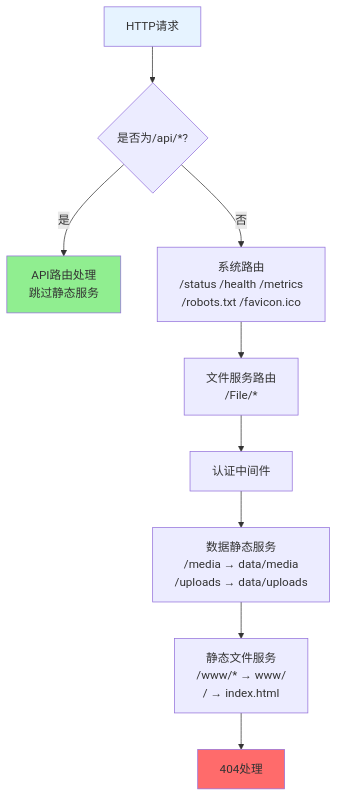
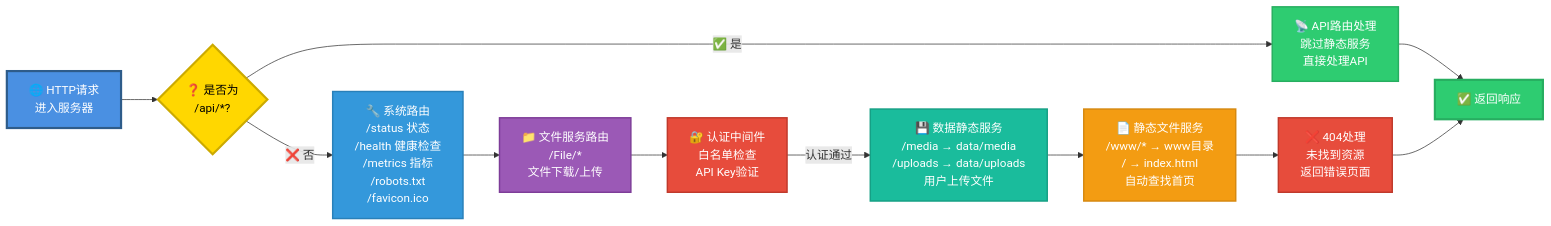
Diagram 11 of 13 in docs/server.md (sunflowermm/XRK-AGT), drawn with Mermaid before and after one commit. The commit also changed other lines of this file and 9 other files, not shown here.

````diff
--- a/docs/server.md
+++ b/docs/server.md
@@ -530,15 +632,32 @@
 ```mermaid
-flowchart TD
-    Request["HTTP请求"] --> CheckAPI{是否为/api/*?}
-    CheckAPI -->|是| APIRoute["API路由处理<br/>跳过静态服务"]
-    CheckAPI -->|否| SystemRoute["系统路由<br/>/status /health /metrics<br/>/robots.txt /favicon.ico"]
-    SystemRoute --> FileRoute["文件服务路由<br/>/File/*"]
-    FileRoute --> Auth["认证中间件"]
-    Auth --> DataStatic["数据静态服务<br/>/media → data/media<br/>/uploads → data/uploads"]
-    DataStatic --> Static["静态文件服务<br/>/www/* → www/<br/>/ → index.html"]
-    Static --> NotFound["404处理"]
+flowchart LR
+    Request["🌐 HTTP请求<br/>进入服务器"] --> CheckAPI{"❓ 是否为<br/>/api/*?"}
     
-    style Request fill:#E6F3FF
-    style APIRoute fill:#90EE90
-    style NotFound fill:#FF6B6B
+    CheckAPI -->|"✅ 是"| APIRoute["📡 API路由处理<br/>跳过静态服务<br/>直接处理API"]
+    
+    CheckAPI -->|"❌ 否"| SystemRoute["🔧 系统路由<br/>/status 状态<br/>/health 健康检查<br/>/metrics 指标<br/>/robots.txt<br/>/favicon.ico"]
+    
+    SystemRoute --> FileRoute["📁 文件服务路由<br/>/File/*<br/>文件下载/上传"]
+    
+    FileRoute --> Auth["🔐 认证中间件<br/>白名单检查<br/>API Key验证"]
+    
+    Auth -->|"认证通过"| DataStatic["💾 数据静态服务<br/>/media → data/media<br/>/uploads → data/uploads<br/>用户上传文件"]
+    
+    DataStatic --> Static["📄 静态文件服务<br/>/www/* → www目录<br/>/ → index.html<br/>自动查找首页"]
+    
+    Static --> NotFound["❌ 404处理<br/>未找到资源<br/>返回错误页面"]
+    
+    APIRoute --> Response["✅ 返回响应"]
+    NotFound --> Response
+    
+    style Request fill:#4A90E2,stroke:#2E5C8A,stroke-width:3px,color:#fff
+    style CheckAPI fill:#FFD700,stroke:#CCAA00,stroke-width:3px,color:#000
+    style APIRoute fill:#2ECC71,stroke:#27AE60,stroke-width:2px,color:#fff
+    style SystemRoute fill:#3498DB,stroke:#2980B9,stroke-width:2px,color:#fff
+    style FileRoute fill:#9B59B6,stroke:#7D3C98,stroke-width:2px,color:#fff
+    style Auth fill:#E74C3C,stroke:#C0392B,stroke-width:2px,color:#fff
+    style DataStatic fill:#1ABC9C,stroke:#16A085,stroke-width:2px,color:#fff
+    style Static fill:#F39C12,stroke:#D68910,stroke-width:2px,color:#fff
+    style NotFound fill:#E74C3C,stroke:#C0392B,stroke-width:2px,color:#fff
+    style Response fill:#2ECC71,stroke:#27AE60,stroke-width:3px,color:#fff
 ```
````
